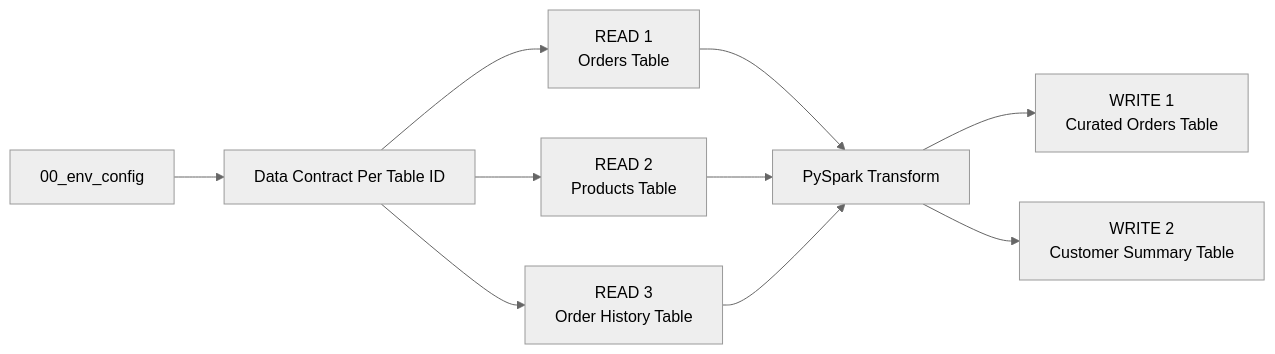
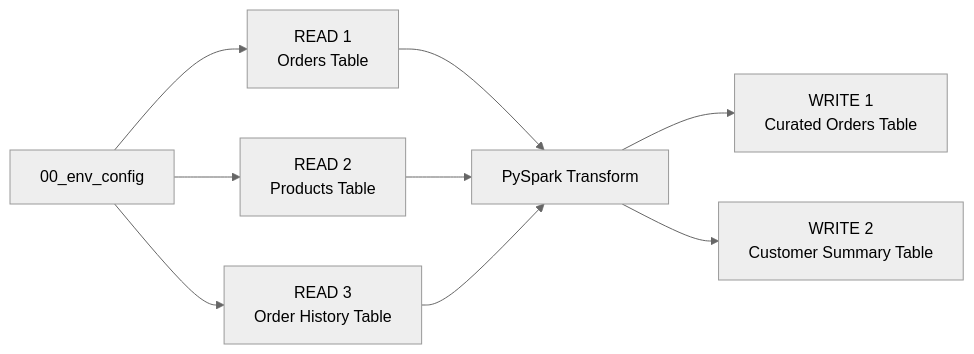
One commit to Voycepeh/FabricOps-Starter-Kit changed the diagram in docs/guided-demo/02-build-and-run-etl.md. Above: the diagram before and after it, drawn with Mermaid (neutral theme). The commit also changed other lines of this file, not shown here.

Commit message:
docs: align guided demo with contract bootstrap lifecycle

````diff
--- a/docs/guided-demo/02-build-and-run-etl.md
+++ b/docs/guided-demo/02-build-and-run-etl.md
@@ -22,15 +22,13 @@
 ```mermaid
 flowchart LR
-    ENV["00_env_config"] --> CONTRACT["Data Contract Per Table ID"]
-
-    CONTRACT --> R1["READ 1<br/>Orders Table"]
-    CONTRACT --> R2["READ 2<br/>Products Table"]
-    CONTRACT --> R3["READ 3<br/>Order History Table"]
+    ENV["00_env_config"] --> R1["READ 1<br/>Orders Table"]
+    ENV --> R2["READ 2<br/>Products Table"]
+    ENV --> R3["READ 3<br/>Order History Table"]
 
     R1 --> TRANSFORM["PySpark Transform"]
     R2 --> TRANSFORM
     R3 --> TRANSFORM
 
     TRANSFORM --> W1["WRITE 1<br/>Curated Orders Table"]
     TRANSFORM --> W2["WRITE 2<br/>Customer Summary Table"]
 ```
````
